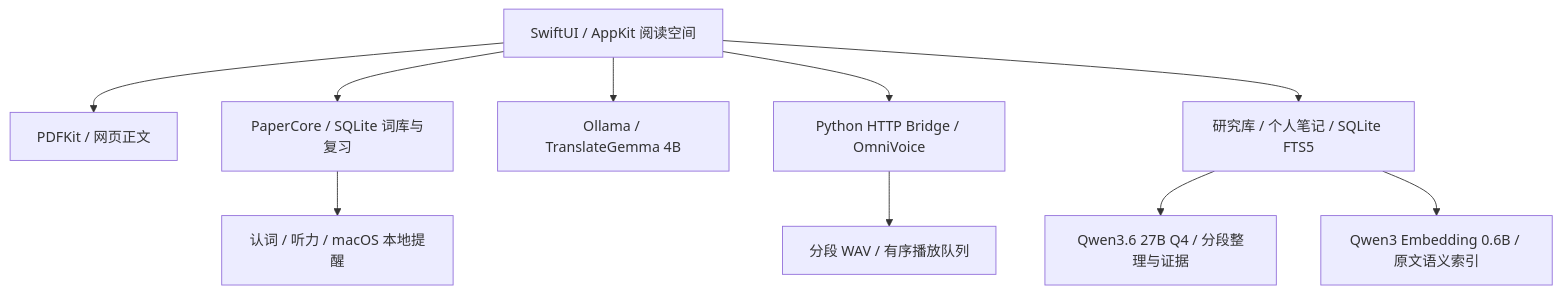
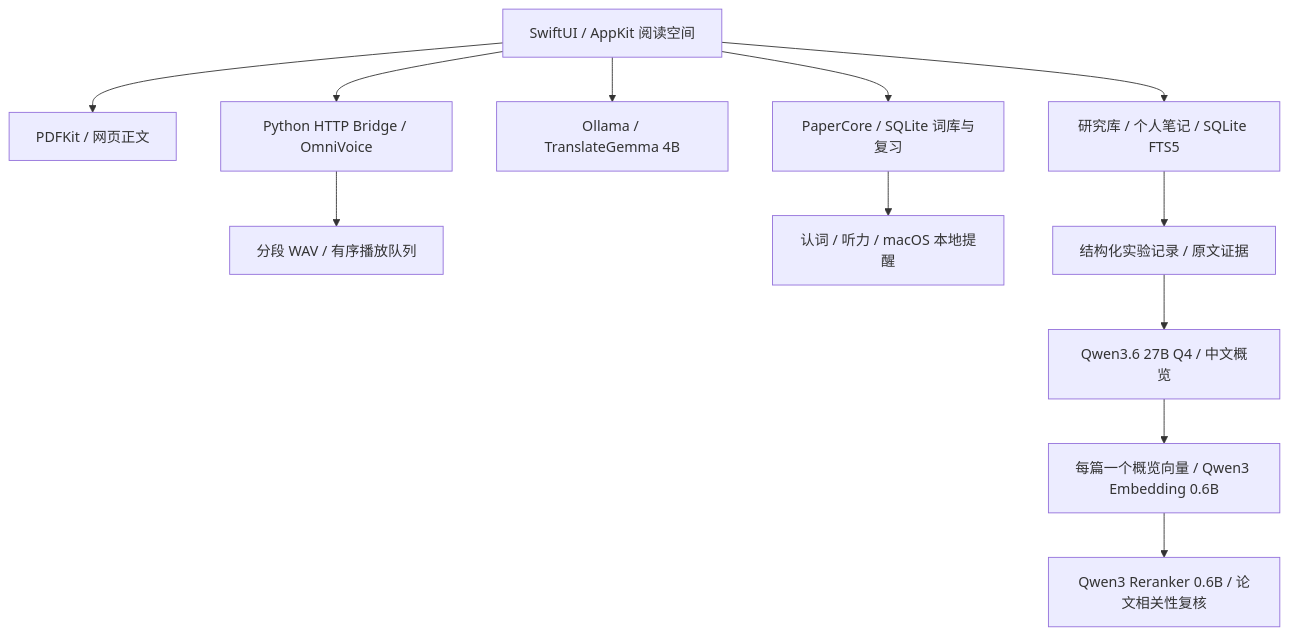
Before and after one commit to yuan1615/PaperLingo: the diagram in README.md, drawn with Mermaid. The commit also changed other lines of this file and 39 other files, not shown here.

````diff
--- a/README.md
+++ b/README.md
@@ -115,12 +116,14 @@
 ```mermaid
 flowchart TD
     Reader[SwiftUI / AppKit 阅读空间] --> PDF[PDFKit / 网页正文]
     Reader --> Store[PaperCore / SQLite 词库与复习]
     Reader --> Translator[Ollama / TranslateGemma 4B]
     Reader --> Speech[Python HTTP Bridge / OmniVoice]
     Speech --> Audio[分段 WAV / 有序播放队列]
     Store --> Review[认词 / 听力 / macOS 本地提醒]
     Reader --> Library[研究库 / 个人笔记 / SQLite FTS5]
-    Library --> Digest[Qwen3.6 27B Q4 / 分段整理与证据]
-    Library --> Retrieval[Qwen3 Embedding 0.6B / 原文语义索引]
+    Library --> Evidence[结构化实验记录 / 原文证据]
+    Evidence --> Digest[Qwen3.6 27B Q4 / 中文概览]
+    Digest --> Retrieval[每篇一个概览向量 / Qwen3 Embedding 0.6B]
+    Retrieval --> Reranker[Qwen3 Reranker 0.6B / 论文相关性复核]
 ```
````
